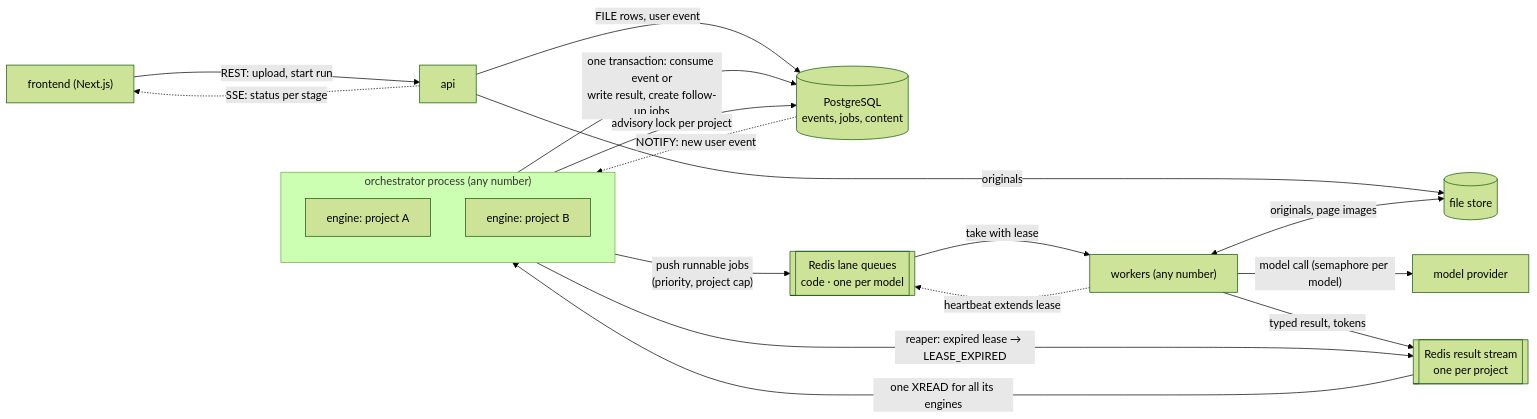
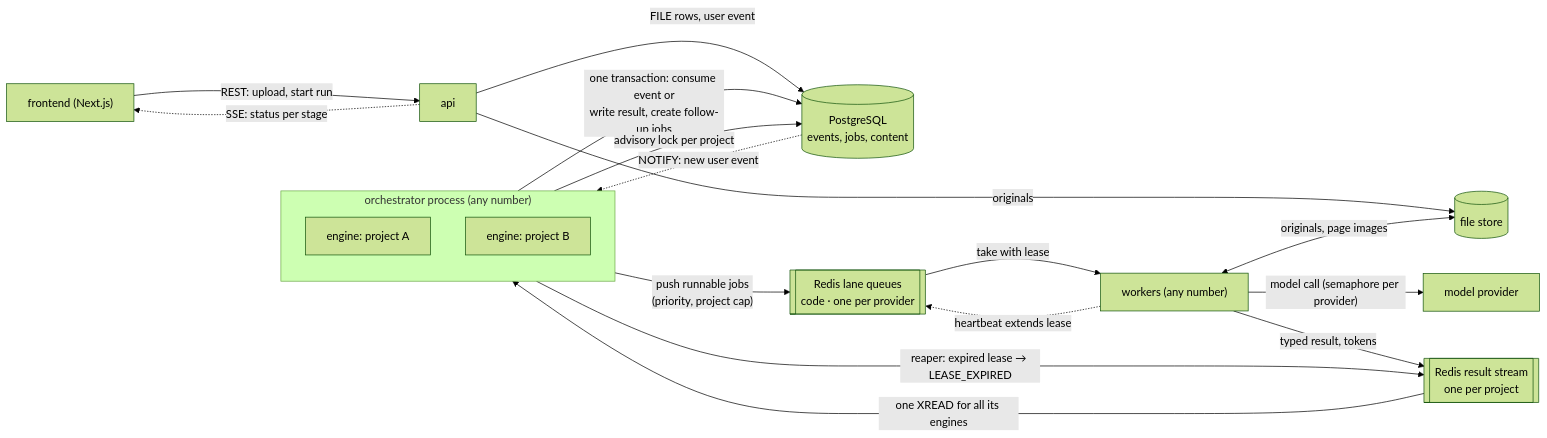
Before and after one commit to thomaselmer/sibp-infos: the third of 6 diagrams in docs/Architecture.md, drawn with Mermaid (forest theme). The commit also changed other lines of this file and 5 other files, not shown here.

First line of the commit message:
ocr_page decided: data model v39, architecture v30

````diff
--- a/docs/Architecture.md
+++ b/docs/Architecture.md
@@ -244,23 +244,23 @@
 ```mermaid
 flowchart LR
   FE["frontend (Next.js)"] -->|"REST: upload, start run"| API[api]
   API -.->|"SSE: status per stage"| FE
   API -->|"FILE rows, user event"| DB[("PostgreSQL<br/>events, jobs, content")]
   API -->|"originals"| FS[("file store")]
   DB -.->|"NOTIFY: new user event"| ORC
   subgraph ORC["orchestrator process (any number)"]
     direction TB
     EA["engine: project A"]
     EB["engine: project B"]
   end
   ORC -->|"advisory lock per project"| DB
   EA -->|"one transaction: consume event or<br/>write result, create follow-up jobs"| DB
-  EA -->|"push runnable jobs<br/>(priority, project cap)"| LQ[["Redis lane queues<br/>code · one per model"]]
+  EA -->|"push runnable jobs<br/>(priority, project cap)"| LQ[["Redis lane queues<br/>code · one per provider"]]
   LQ -->|"take with lease"| W["workers (any number)"]
   W -.->|"heartbeat extends lease"| LQ
   W <-->|"originals, page images"| FS
-  W -->|"model call (semaphore per model)"| MP["model provider"]
+  W -->|"model call (semaphore per provider)"| MP["model provider"]
   W -->|"typed result, tokens"| RS[["Redis result stream<br/>one per project"]]
   ORC -->|"reaper: expired lease → LEASE_EXPIRED"| RS
   RS -->|"one XREAD for all its engines"| ORC
 ```
````
